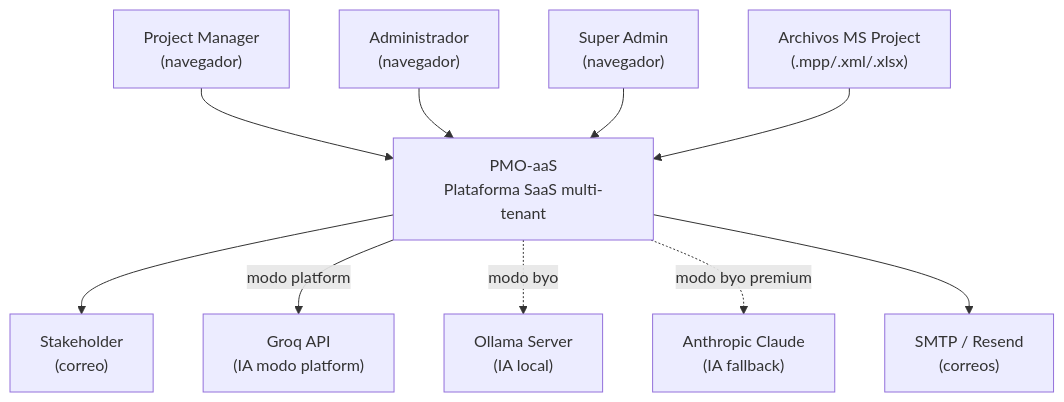
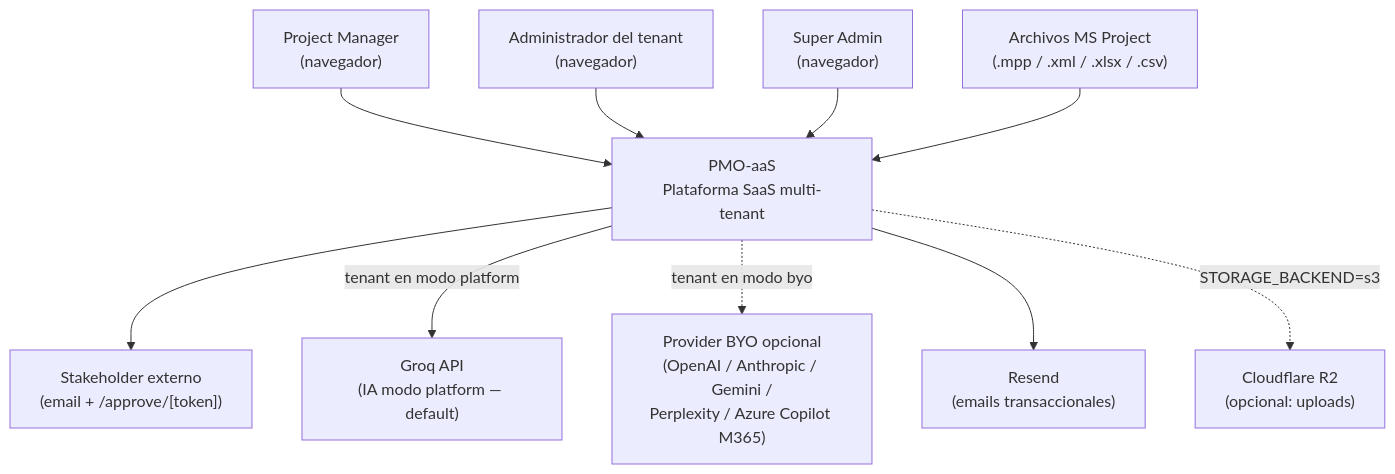
Before and after one commit to xguilxr/pmo_aas: the first of 6 diagrams in docs/architecture/README.md, drawn with Mermaid. The commit also changed other lines of this file and 6 other files, not shown here.

First line of the commit message:
docs(arch): reescribe architecture/ contra código real

````diff
--- a/docs/architecture/README.md
+++ b/docs/architecture/README.md
@@ -21,26 +22,25 @@
 ```mermaid
 flowchart TB
     PM["Project Manager<br/>(navegador)"]
-    ADMIN["Administrador<br/>(navegador)"]
+    ADMIN["Administrador del tenant<br/>(navegador)"]
     SUPER["Super Admin<br/>(navegador)"]
-    STAKE["Stakeholder<br/>(correo)"]
+    STAKE["Stakeholder externo<br/>(email + /approve/[token])"]
 
     PMO["PMO-aaS<br/>Plataforma SaaS multi-tenant"]
 
-    OLLAMA["Ollama Server<br/>(IA local)"]
-    CLAUDE["Anthropic Claude<br/>(IA fallback)"]
-    SMTP["SMTP / Resend<br/>(correos)"]
-    MSP["Archivos MS Project<br/>(.mpp/.xml/.xlsx)"]
+    GROQ["Groq API<br/>(IA modo platform — default)"]
+    BYO["Provider BYO opcional<br/>(OpenAI / Anthropic / Gemini /<br/>Perplexity / Azure Copilot M365)"]
+    RESEND["Resend<br/>(emails transaccionales)"]
+    R2["Cloudflare R2<br/>(opcional: uploads)"]
+    MSP["Archivos MS Project<br/>(.mpp / .xml / .xlsx / .csv)"]
 
     PM --> PMO
     ADMIN --> PMO
     SUPER --> PMO
     PMO --> STAKE
-    GROQ["Groq API<br/>(IA modo platform)"]
-
-    PMO -->|modo platform| GROQ
-    PMO -.->|modo byo| OLLAMA
-    PMO -.->|modo byo premium| CLAUDE
-    PMO --> SMTP
+    PMO -->|tenant en modo platform| GROQ
+    PMO -.->|tenant en modo byo| BYO
+    PMO --> RESEND
+    PMO -.->|STORAGE_BACKEND=s3| R2
     MSP --> PMO
 ```
````
